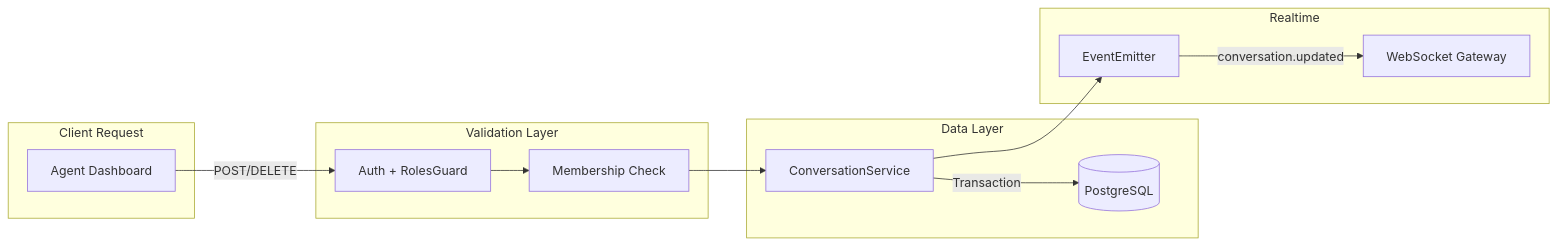
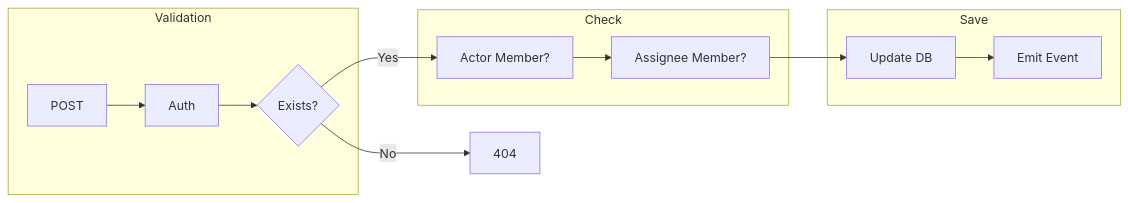
Before and after one commit to doananhhung/livechat: the third of 8 diagrams in presentation/pages/hiep.md, drawn with Mermaid. The commit also changed other lines of this file, not shown here.

````diff
--- a/presentation/pages/hiep.md
+++ b/presentation/pages/hiep.md
@@ -213,25 +116,16 @@
 ```mermaid
 flowchart LR
-    subgraph Request["Client Request"]
-        A["Agent Dashboard"]
+    subgraph Validation
+        A[POST] --> B[Auth]
+        B --> C{Exists?}
     end
-
-    subgraph Validation["Validation Layer"]
-        B["Auth + RolesGuard"]
-        C["Membership Check"]
+    subgraph Check
+        C -->|Yes| D[Actor Member?]
+        D --> E[Assignee Member?]
     end
-
-    subgraph Persistence["Data Layer"]
-        D["ConversationService"]
-        E[("PostgreSQL")]
+    subgraph Save
+        E --> F[Update DB]
+        F --> G[Emit Event]
     end
-
-    subgraph Broadcast["Realtime"]
-        F["EventEmitter"]
-        G["WebSocket Gateway"]
-    end
-
-    A -->|"POST/DELETE"| B --> C --> D
-    D -->|"Transaction"| E
-    D --> F -->|"conversation.updated"| G
+    C -->|No| H[404]
 ```
````
